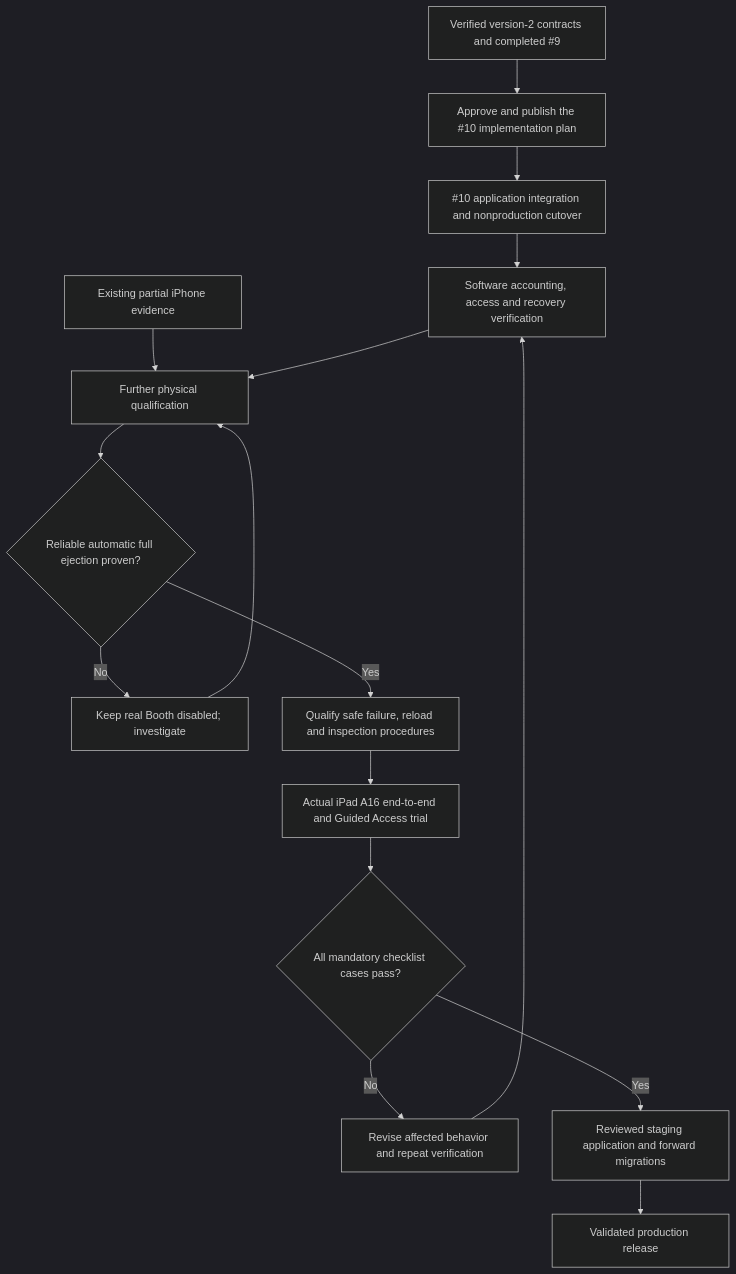
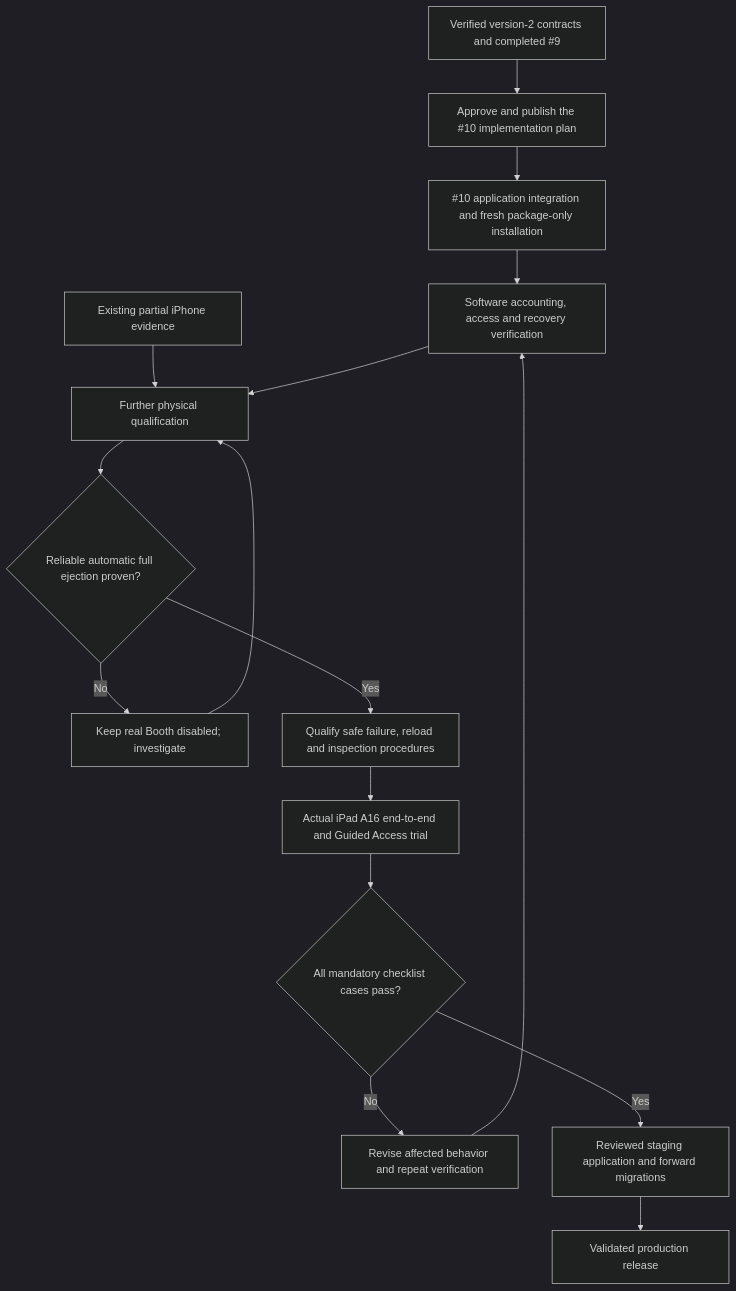
One commit to noelorph/diy-instax-photobooth changed the diagram in docs/diagrams/printing-to-deployment-flow.md. Above: the diagram before and after it, drawn with Mermaid (dark theme). The commit also changed other lines of this file and 104 other files, not shown here.

````diff
--- a/docs/diagrams/printing-to-deployment-flow.md
+++ b/docs/diagrams/printing-to-deployment-flow.md
@@ -5,18 +5,18 @@
 ```mermaid
 flowchart TD
   D[Verified version-2 contracts and completed #9] --> C[Approve and publish the #10 implementation plan]
-  C --> S[#10 application integration and nonproduction cutover]
+  C --> S[#10 application integration and fresh package-only installation]
   S --> V[Software accounting, access and recovery verification]
   E[Existing partial iPhone evidence] --> H[Further physical qualification]
   V --> H
   H --> A{Reliable automatic full ejection proven?}
   A -->|No| X[Keep real Booth disabled; investigate]
   X --> H
   A -->|Yes| R[Qualify safe failure, reload and inspection procedures]
   R --> I[Actual iPad A16 end-to-end and Guided Access trial]
   I --> P{All mandatory checklist cases pass?}
   P -->|No| F[Revise affected behavior and repeat verification]
   F --> V
   P -->|Yes| T[Reviewed staging application and forward migrations]
   T --> L[Validated production release]
 ```
````
